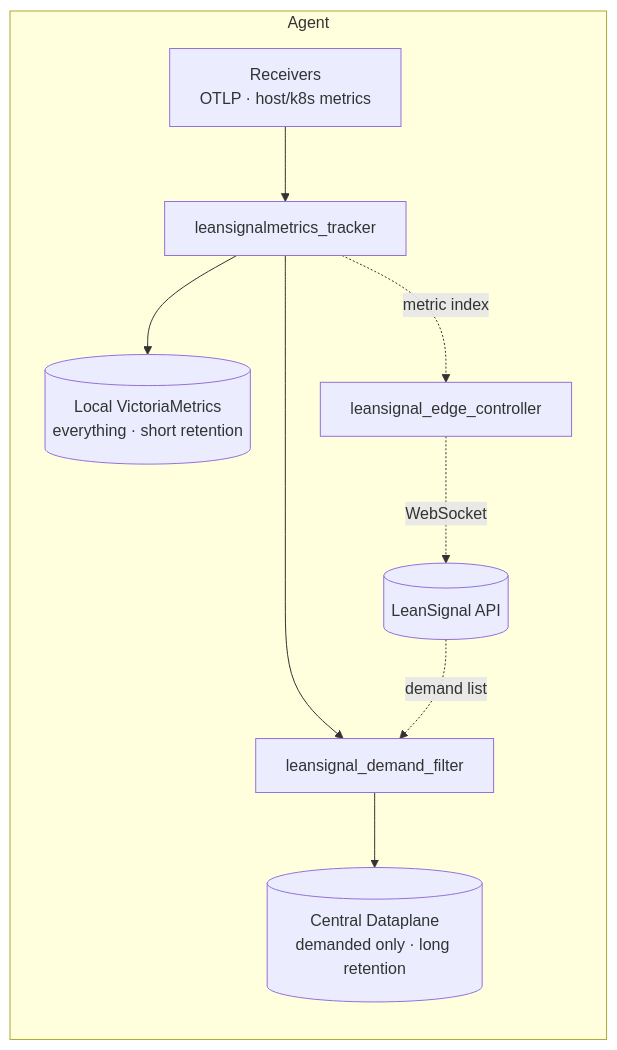
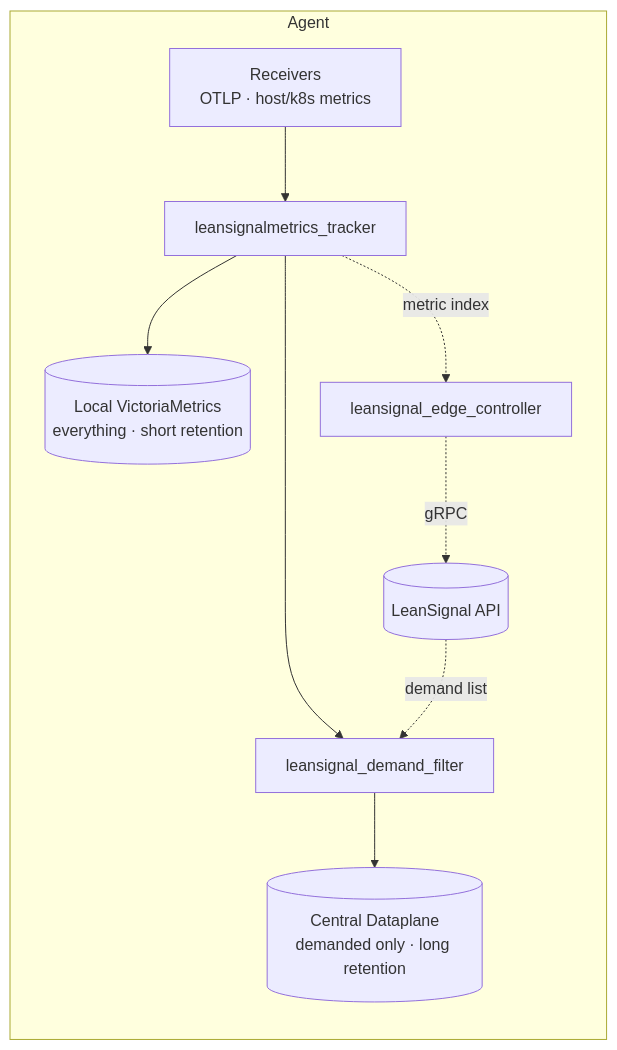
Before and after one commit to LeanSignal/leansignal-agent: the diagram in README.md, drawn with Mermaid. The commit also changed other lines of this file and 40 other files, not shown here.

````diff
--- a/README.md
+++ b/README.md
@@ -18,12 +18,12 @@
 ```mermaid
 flowchart LR
   subgraph host[Agent]
     R[Receivers<br/>OTLP · host/k8s metrics] --> T[leansignalmetrics_tracker]
     T --> L[(Local VictoriaMetrics<br/>everything · short retention)]
     T --> F[leansignal_demand_filter]
     F --> D[(Central Dataplane<br/>demanded only · long retention)]
-    EC[leansignal_edge_controller] -. WebSocket .-> API[(LeanSignal API)]
+    EC[leansignal_edge_controller] -. gRPC .-> API[(LeanSignal API)]
     T -. metric index .-> EC
     API -. demand list .-> F
   end
 ```
````
